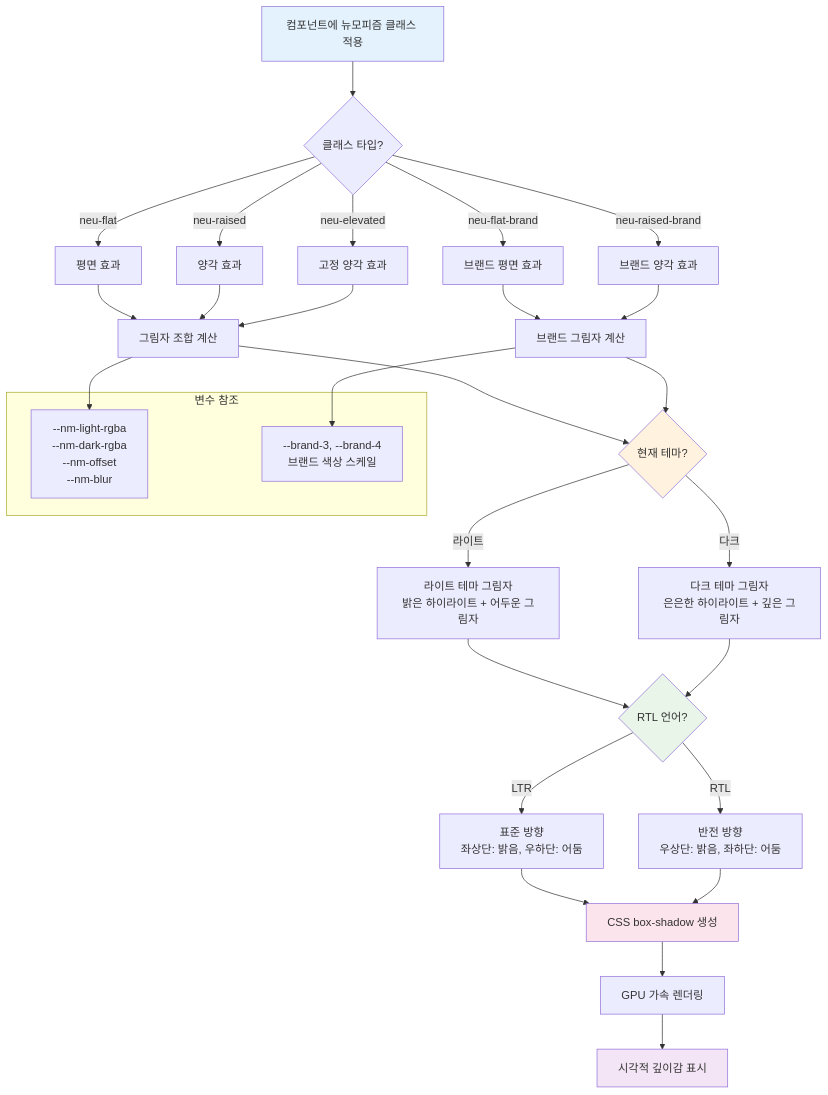
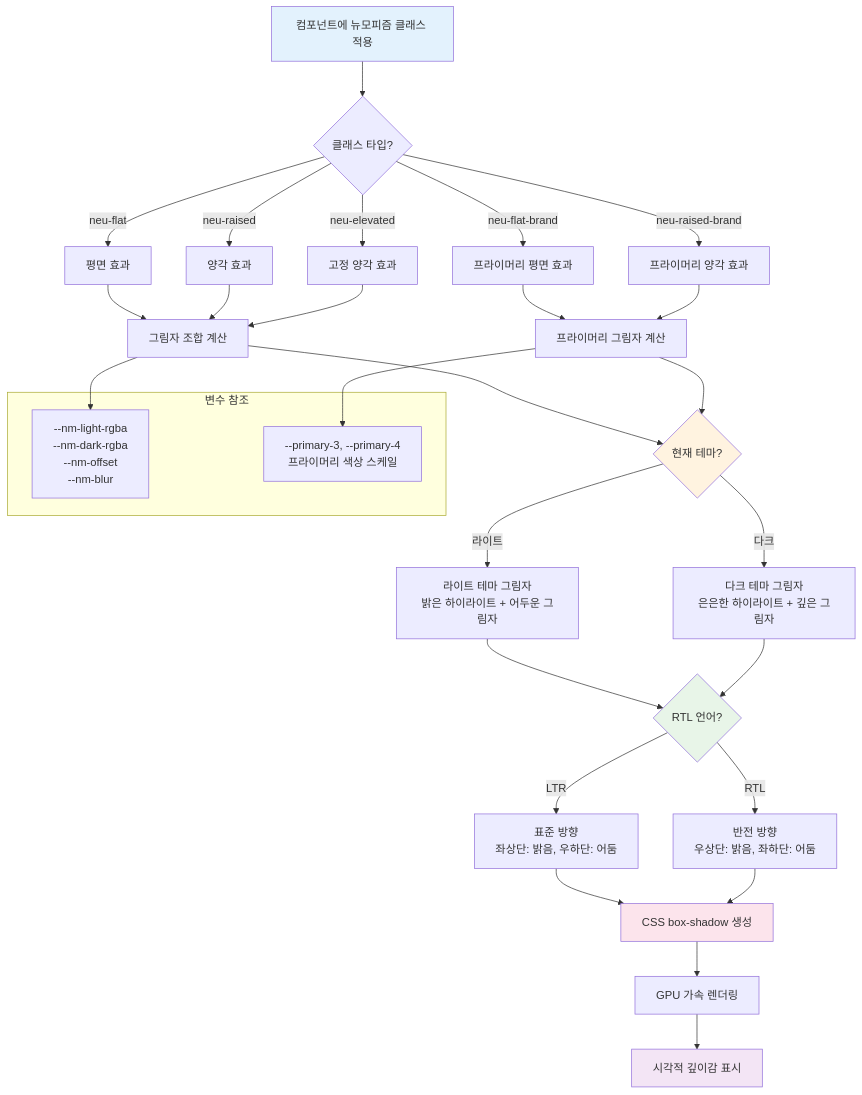
Before and after one commit to webcodur/next-temp: the fourth of 11 diagrams in src/styles/STYLE_GUIDE.md, drawn with Mermaid. The commit also changed other lines of this file and 79 other files, not shown here.

````diff
--- a/src/styles/STYLE_GUIDE.md
+++ b/src/styles/STYLE_GUIDE.md
@@ -210,48 +210,48 @@
 ```mermaid
 flowchart TD
     A[컴포넌트에 뉴모피즘 클래스 적용] --> B{클래스 타입?}
     
     B -->|neu-flat| C[평면 효과]
     B -->|neu-raised| D[양각 효과] 
     B -->|neu-elevated| E[고정 양각 효과]
-    B -->|neu-flat-brand| F[브랜드 평면 효과]
-    B -->|neu-raised-brand| G[브랜드 양각 효과]
+    B -->|neu-flat-brand| F[프라이머리 평면 효과]
+    B -->|neu-raised-brand| G[프라이머리 양각 효과]
     
     C --> H[그림자 조합 계산]
     D --> H
     E --> H
-    F --> I[브랜드 그림자 계산]
+    F --> I[프라이머리 그림자 계산]
     G --> I
     
     H --> J{현재 테마?}
     I --> J
     
     J -->|라이트| K[라이트 테마 그림자<br/>밝은 하이라이트 + 어두운 그림자]
     J -->|다크| L[다크 테마 그림자<br/>은은한 하이라이트 + 깊은 그림자]
     
     K --> M{RTL 언어?}
     L --> M
     
     M -->|LTR| N[표준 방향<br/>좌상단: 밝음, 우하단: 어둠]
     M -->|RTL| O[반전 방향<br/>우상단: 밝음, 좌하단: 어둠]
     
     N --> P[CSS box-shadow 생성]
     O --> P
     
     P --> Q[GPU 가속 렌더링]
     Q --> R[시각적 깊이감 표시]
     
     subgraph "변수 참조"
         S[--nm-light-rgba<br/>--nm-dark-rgba<br/>--nm-offset<br/>--nm-blur]
-        T[--brand-3, --brand-4<br/>브랜드 색상 스케일]
+        T[--primary-3, --primary-4<br/>프라이머리 색상 스케일]
     end
     
     H --> S
     I --> T
     
     style A fill:#e3f2fd
     style J fill:#fff3e0
     style M fill:#e8f5e8
     style P fill:#fce4ec
     style R fill:#f3e5f5
 ```
````
